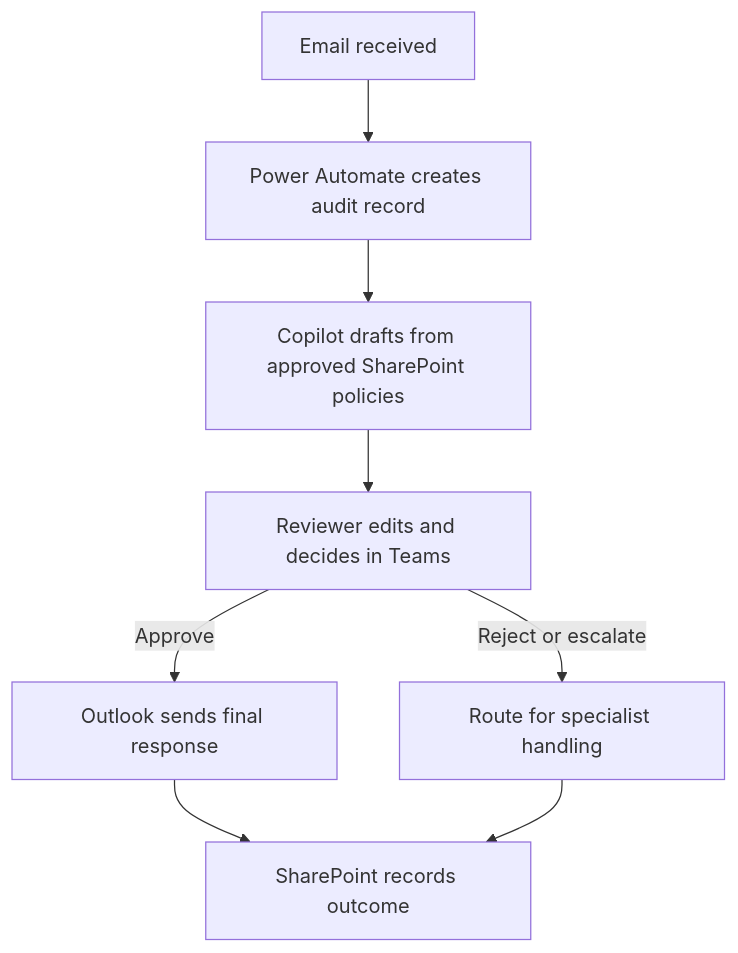
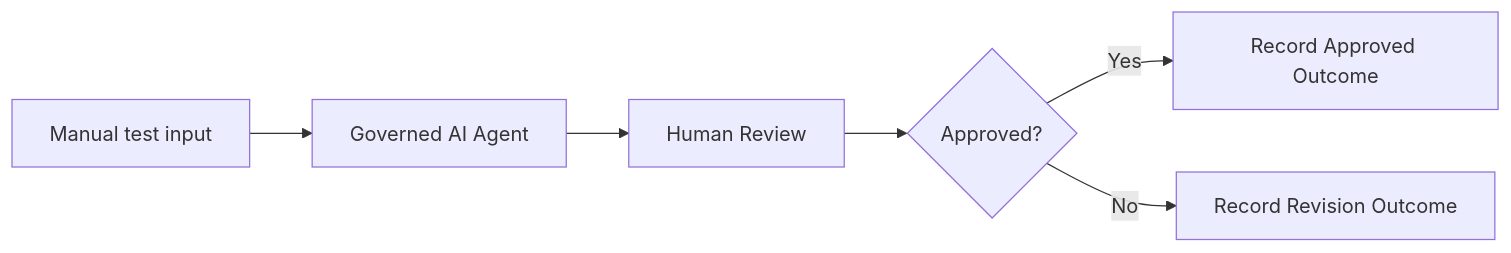
Before and after one commit to shalineesinghvit12-source/legal-ai-transformation-hub: the diagram in README.md, drawn with Mermaid. The commit also changed other lines of this file and 18 other files, not shown here.

````diff
--- a/README.md
+++ b/README.md
@@ -22,10 +32,8 @@
-```mermaid
-flowchart TD
-    A["Email received"] --> B["Power Automate creates audit record"]
-    B --> C["Copilot drafts from approved SharePoint policies"]
-    C --> D["Reviewer edits and decides in Teams"]
-    D -->|Approve| E["Outlook sends final response"]
-    D -->|Reject or escalate| F["Route for specialist handling"]
-    E --> G["SharePoint records outcome"]
-    F --> G
-```
+~~~mermaid
+flowchart LR
+    A["Manual test input"] --> B["Governed AI Agent"]
+    B --> C["Human Review"]
+    C --> D{"Approved?"}
+    D -->|Yes| E["Record Approved Outcome"]
+    D -->|No| F["Record Revision Outcome"]
+~~~
````
